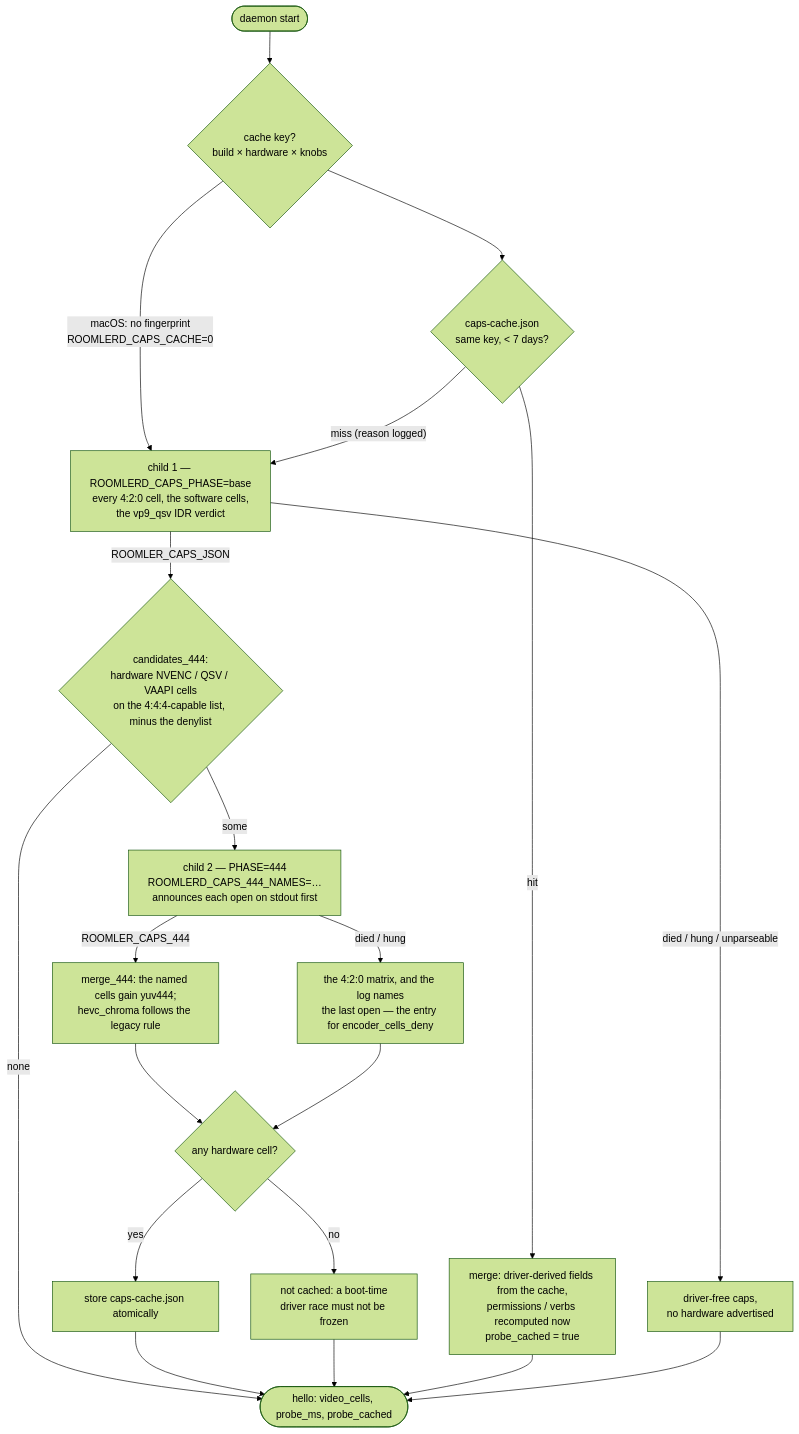
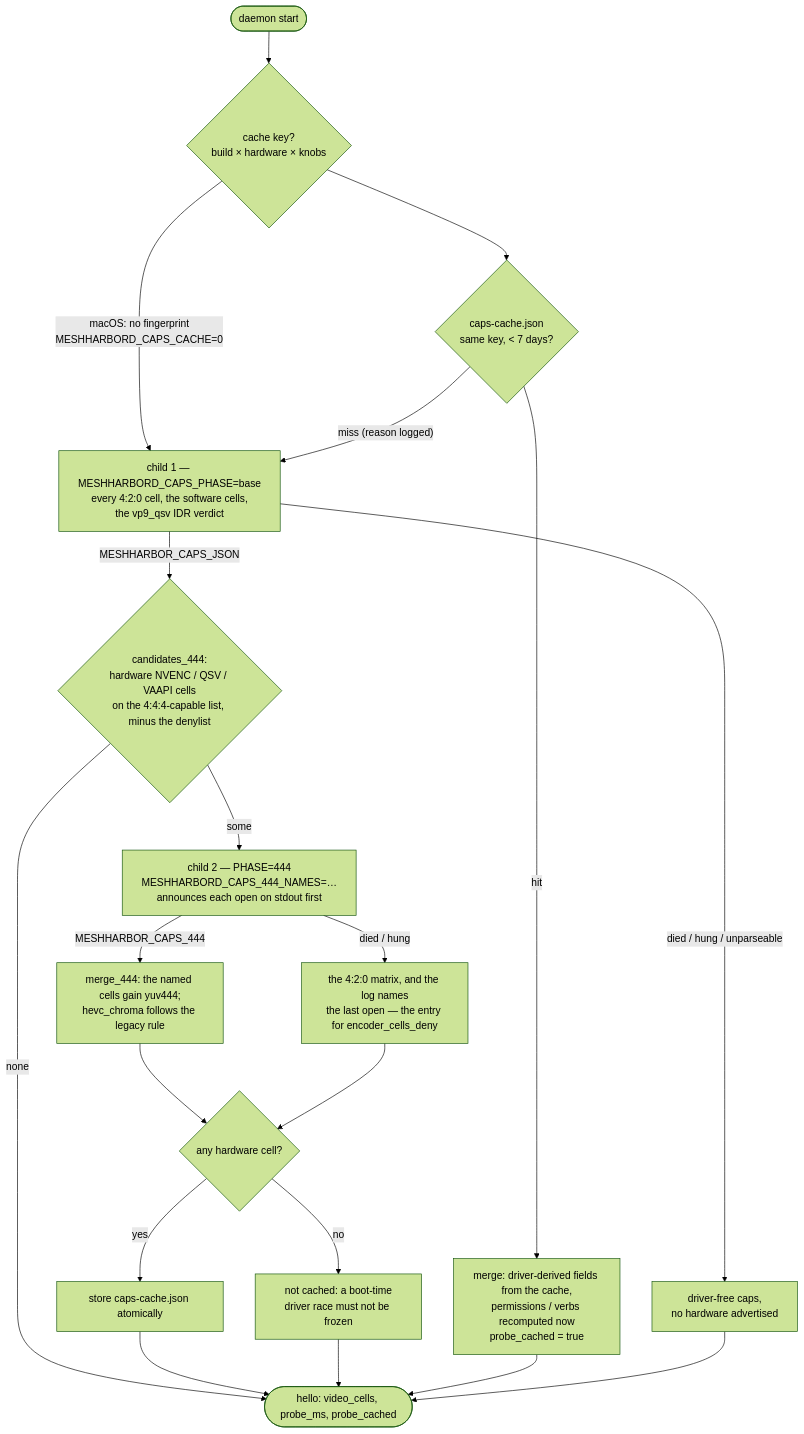
Before and after one commit to jk-zhang-meta/MeshHarbor: the third of 8 diagrams in docs/encoders.md, drawn with Mermaid (forest theme). The commit also changed other lines of this file and 730 other files, not shown here.

````diff
--- a/docs/encoders.md
+++ b/docs/encoders.md
@@ -191,22 +191,22 @@
 ```mermaid
 flowchart TD
     S([daemon start]) --> K{cache key?<br/>build × hardware × knobs}
-    K -- "macOS: no fingerprint<br/>ROOMLERD_CAPS_CACHE=0" --> B
+    K -- "macOS: no fingerprint<br/>MESHHARBORD_CAPS_CACHE=0" --> B
     K --> L{caps-cache.json<br/>same key, < 7 days?}
     L -- hit --> M[merge: driver-derived fields from the cache,<br/>permissions / verbs recomputed now<br/>probe_cached = true]
-    L -- "miss (reason logged)" --> B["child 1 — ROOMLERD_CAPS_PHASE=base<br/>every 4:2:0 cell, the software cells,<br/>the vp9_qsv IDR verdict"]
+    L -- "miss (reason logged)" --> B["child 1 — MESHHARBORD_CAPS_PHASE=base<br/>every 4:2:0 cell, the software cells,<br/>the vp9_qsv IDR verdict"]
     B -- "died / hung / unparseable" --> F[driver-free caps,<br/>no hardware advertised]
-    B -- ROOMLER_CAPS_JSON --> C{candidates_444:<br/>hardware NVENC / QSV / VAAPI cells<br/>on the 4:4:4-capable list, minus the denylist}
+    B -- MESHHARBOR_CAPS_JSON --> C{candidates_444:<br/>hardware NVENC / QSV / VAAPI cells<br/>on the 4:4:4-capable list, minus the denylist}
     C -- none --> H
-    C -- some --> T["child 2 — PHASE=444<br/>ROOMLERD_CAPS_444_NAMES=…<br/>announces each open on stdout first"]
-    T -- ROOMLER_CAPS_444 --> G[merge_444: the named cells gain yuv444;<br/>hevc_chroma follows the legacy rule]
+    C -- some --> T["child 2 — PHASE=444<br/>MESHHARBORD_CAPS_444_NAMES=…<br/>announces each open on stdout first"]
+    T -- MESHHARBOR_CAPS_444 --> G[merge_444: the named cells gain yuv444;<br/>hevc_chroma follows the legacy rule]
     T -- "died / hung" --> H2["the 4:2:0 matrix, and the log names<br/>the last open — the entry for encoder_cells_deny"]
     G --> W{any hardware cell?}
     H2 --> W
     W -- yes --> ST[store caps-cache.json atomically]
     W -- no --> N[not cached: a boot-time<br/>driver race must not be frozen]
     ST --> H([hello: video_cells, probe_ms, probe_cached])
     N --> H
     M --> H
     F --> H
 ```
````
